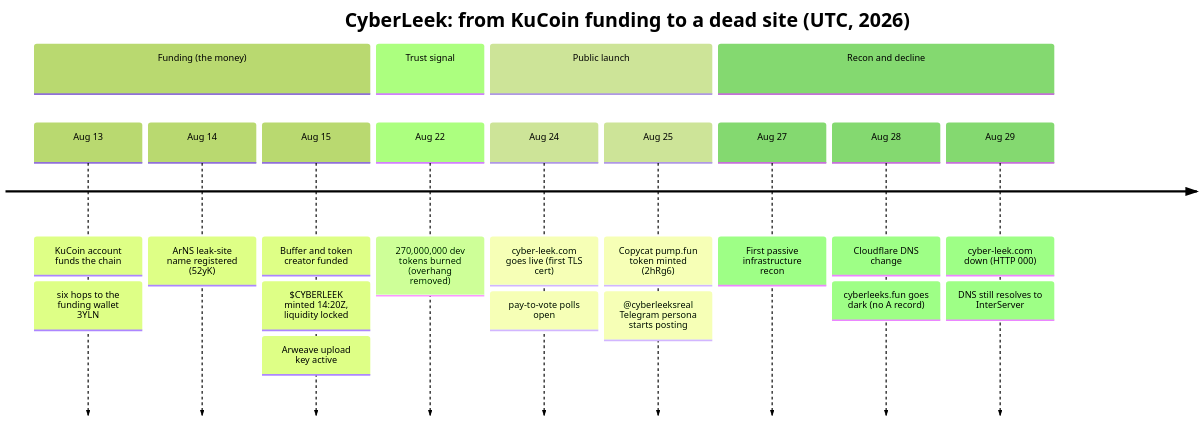
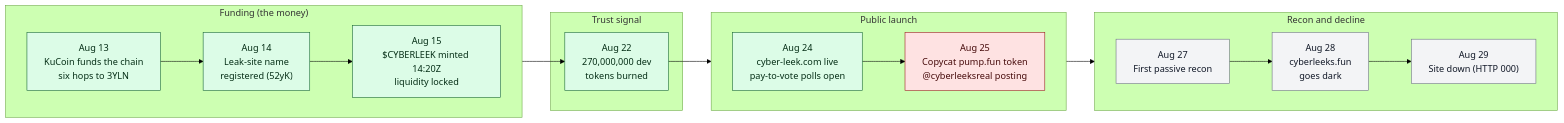
Before and after one commit to deepwoodssec/FollowTheLeek: the diagram in README.md, drawn with Mermaid (forest theme).

Commit message:
README: replace the Mermaid timeline with a left-to-right flowchart (removes the dangling connector lines)

````diff
--- a/README.md
+++ b/README.md
@@ -73,17 +73,27 @@
 ```mermaid
-timeline
-    title CyberLeek: from KuCoin funding to a dead site (UTC, 2026)
-    section Funding (the money)
-      Aug 13 : KuCoin account funds the chain : six hops to the funding wallet 3YLN
-      Aug 14 : ArNS leak-site name registered (52yK)
-      Aug 15 : Buffer and token creator funded : $CYBERLEEK minted 14:20Z, liquidity locked : Arweave upload key active
-    section Trust signal
-      Aug 22 : 270,000,000 dev tokens burned (overhang removed)
-    section Public launch
-      Aug 24 : cyber-leek.com goes live (first TLS cert) : pay-to-vote polls open
-      Aug 25 : Copycat pump.fun token minted (2hRg6) : @cyberleeksreal Telegram persona starts posting
-    section Recon and decline
-      Aug 27 : First passive infrastructure recon
-      Aug 28 : Cloudflare DNS change : cyberleeks.fun goes dark (no A record)
-      Aug 29 : cyber-leek.com down (HTTP 000) : DNS still resolves to InterServer
+flowchart LR
+    subgraph FUND["Funding (the money)"]
+      direction LR
+      A13["Aug 13<br/>KuCoin funds the chain<br/>six hops to 3YLN"] --> A14["Aug 14<br/>Leak-site name<br/>registered (52yK)"] --> A15["Aug 15<br/>$CYBERLEEK minted 14:20Z<br/>liquidity locked"]
+    end
+    subgraph TRUST["Trust signal"]
+      A22["Aug 22<br/>270,000,000 dev<br/>tokens burned"]
+    end
+    subgraph LAUNCH["Public launch"]
+      direction LR
+      A24["Aug 24<br/>cyber-leek.com live<br/>pay-to-vote polls open"] --> A25["Aug 25<br/>Copycat pump.fun token<br/>@cyberleeksreal posting"]
+    end
+    subgraph RECON["Recon and decline"]
+      direction LR
+      A27["Aug 27<br/>First passive recon"] --> A28["Aug 28<br/>cyberleeks.fun<br/>goes dark"] --> A29["Aug 29<br/>Site down (HTTP 000)"]
+    end
+    A15 --> A22 --> A24
+    A25 --> A27
+
+    classDef money fill:#dcfce7,stroke:#166534,color:#052e16;
+    classDef persona fill:#fee2e2,stroke:#991b1b,color:#450a0a;
+    classDef recon fill:#f3f4f6,stroke:#6b7280,color:#111827;
+    class A13,A14,A15,A22,A24 money;
+    class A25 persona;
+    class A27,A28,A29 recon;
 ```
````
